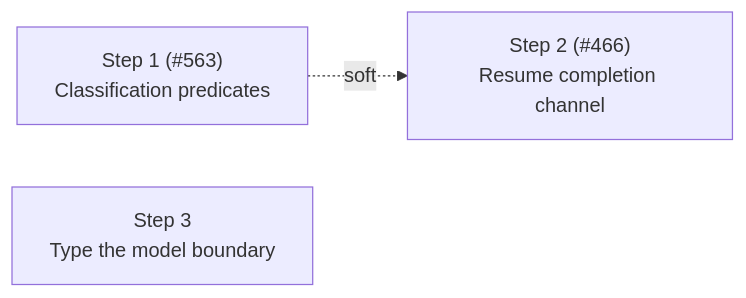
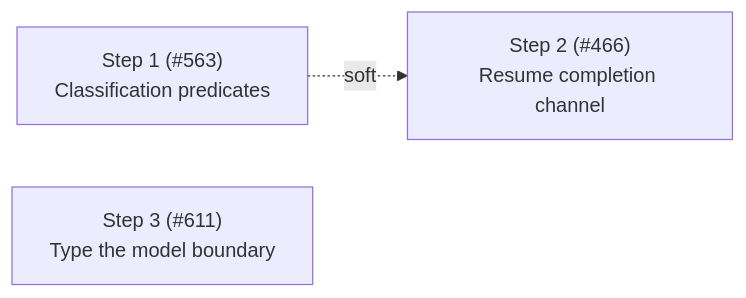
One commit to ashebanow/pi-gotgenes-subagent changed the sixth of 6 diagrams in packages/pi-subagents/docs/architecture/architecture.md. Above: the diagram before and after it, drawn with Mermaid. The commit also changed other lines of this file, not shown here.

Commit message:
docs(pi-subagents): link Phase 21 roadmap Step 3 to issue #611

````diff
--- a/packages/pi-subagents/docs/architecture/architecture.md
+++ b/packages/pi-subagents/docs/architecture/architecture.md
@@ -741,5 +741,5 @@
 ```mermaid
 flowchart LR
     S1["Step 1 (#563)<br/>Classification predicates"] -.soft.-> S2["Step 2 (#466)<br/>Resume completion channel"]
-    S3["Step 3<br/>Type the model boundary"]
+    S3["Step 3 (#611)<br/>Type the model boundary"]
 ```
````
